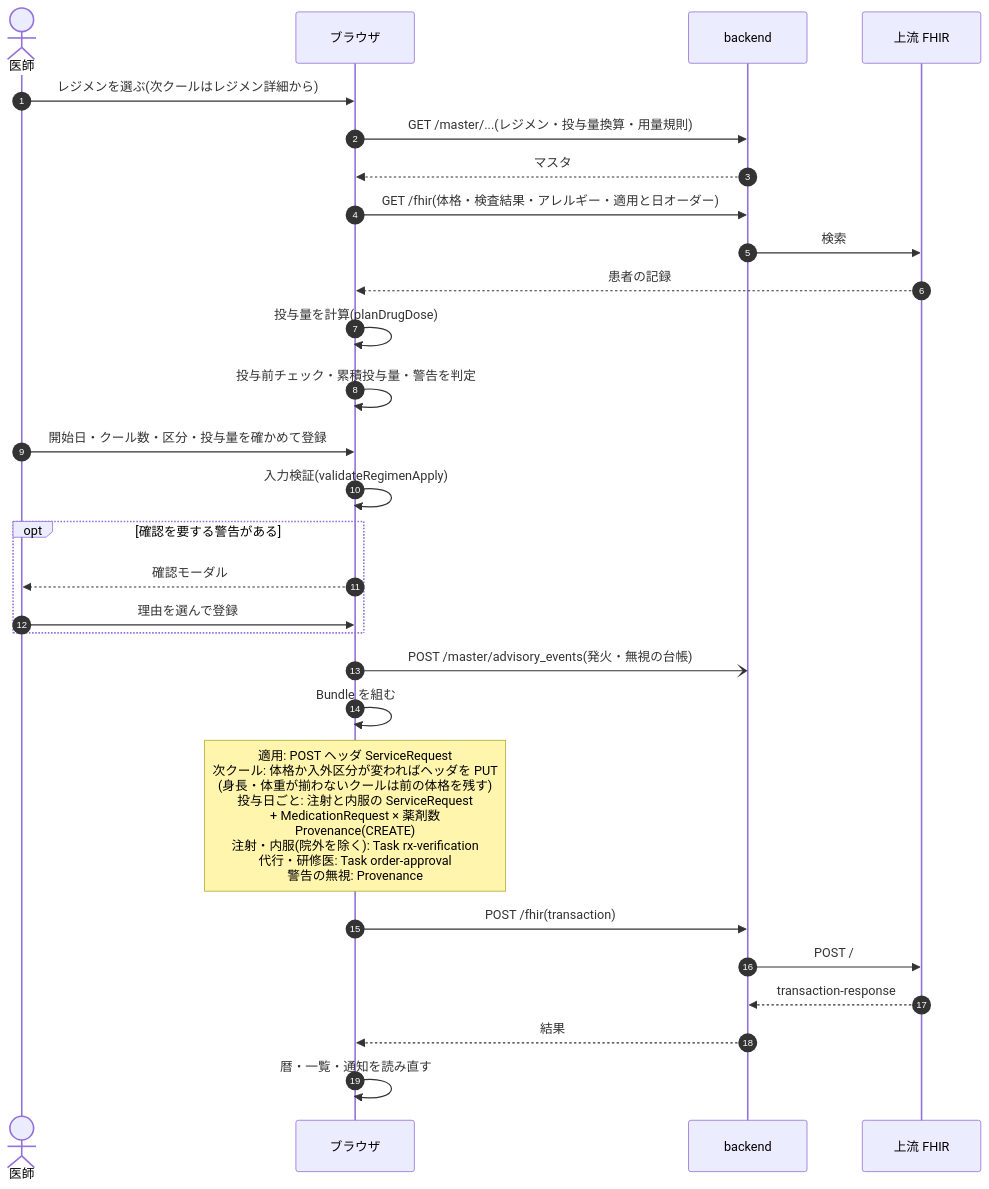
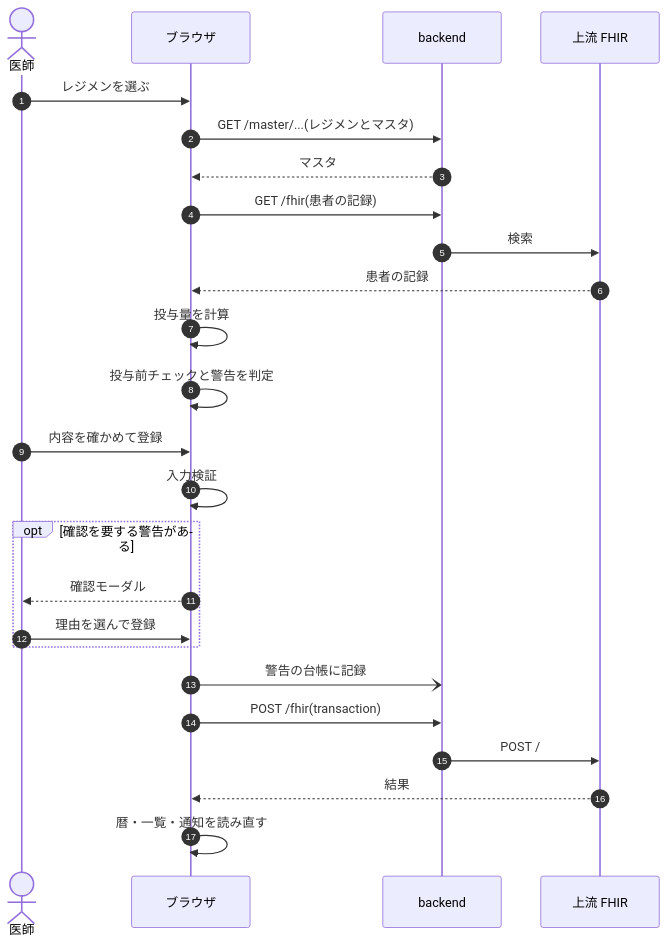
The first of 10 diagrams in docs/dev/chemotherapy.md (ysnr-dev/fhir-client-docs), drawn with Mermaid before and after one commit. The commit also changed other lines of this file and 43 other files, not shown here.

Commit message:
docs: 業務フローとシーケンス図を写し直し

````diff
--- a/docs/dev/chemotherapy.md
+++ b/docs/dev/chemotherapy.md
@@ -43,31 +93,28 @@
 ```mermaid
 sequenceDiagram
   autonumber
   actor Dr as 医師
   participant UI as ブラウザ
   participant BE as backend
   participant FHIR as 上流 FHIR
 
-  Dr->>UI: レジメンを選ぶ(次クールはレジメン詳細から)
-  UI->>BE: GET /master/...(レジメン・投与量換算・用量規則)
+  Dr->>UI: レジメンを選ぶ
+  UI->>BE: GET /master/...(レジメンとマスタ)
   BE-->>UI: マスタ
-  UI->>BE: GET /fhir(体格・検査結果・アレルギー・適用と日オーダー)
+  UI->>BE: GET /fhir(患者の記録)
   BE->>FHIR: 検索
   FHIR-->>UI: 患者の記録
-  UI->>UI: 投与量を計算(planDrugDose)
-  UI->>UI: 投与前チェック・累積投与量・警告を判定
-  Dr->>UI: 開始日・クール数・区分・投与量を確かめて登録
-  UI->>UI: 入力検証(validateRegimenApply)
+  UI->>UI: 投与量を計算
+  UI->>UI: 投与前チェックと警告を判定
+  Dr->>UI: 内容を確かめて登録
+  UI->>UI: 入力検証
   opt 確認を要する警告がある
     UI-->>Dr: 確認モーダル
     Dr->>UI: 理由を選んで登録
   end
-  UI-)BE: POST /master/advisory_events(発火・無視の台帳)
-  UI->>UI: Bundle を組む
-  Note over UI: 適用: POST ヘッダ ServiceRequest<br/>次クール: 体格か入外区分が変わればヘッダを PUT<br/>(身長・体重が揃わないクールは前の体格を残す)<br/>投与日ごと: 注射と内服の ServiceRequest<br/>+ MedicationRequest × 薬剤数<br/>Provenance(CREATE)<br/>注射・内服(院外を除く): Task rx-verification<br/>代行・研修医: Task order-approval<br/>警告の無視: Provenance
+  UI-)BE: 警告の台帳に記録
   UI->>BE: POST /fhir(transaction)
   BE->>FHIR: POST /
-  FHIR-->>BE: transaction-response
-  BE-->>UI: 結果
+  FHIR-->>UI: 結果
   UI->>UI: 暦・一覧・通知を読み直す
 ```
````
